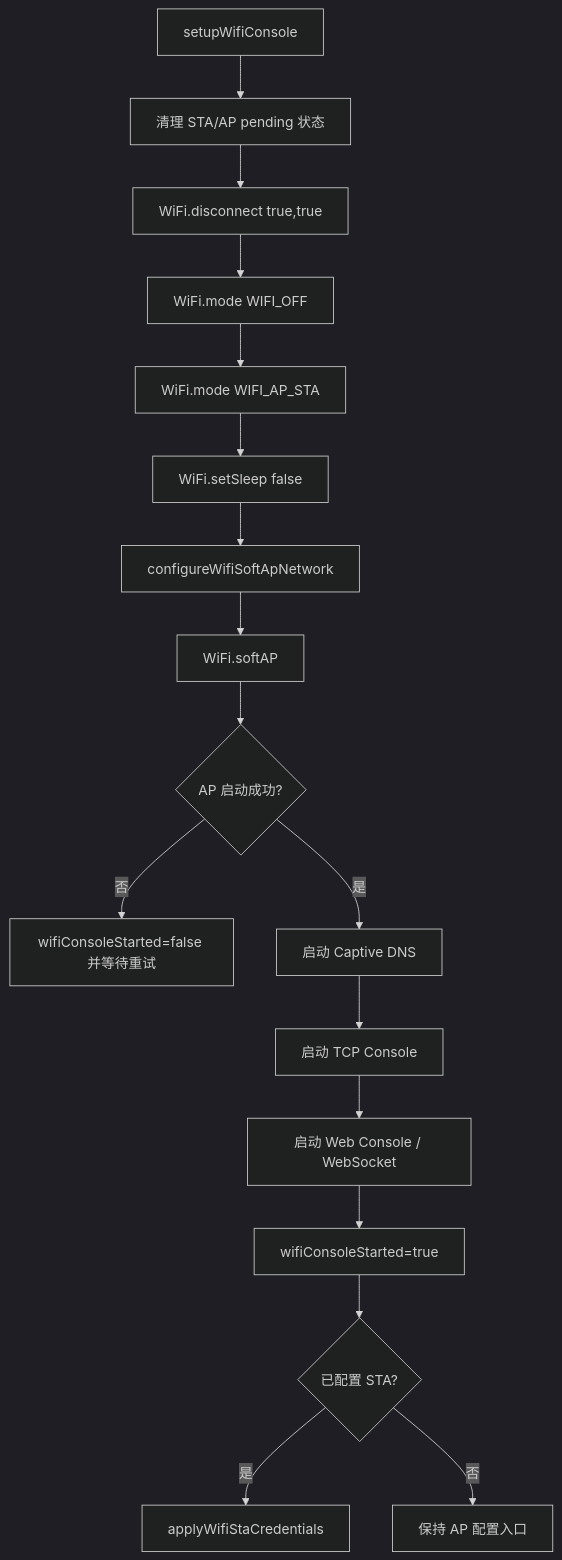
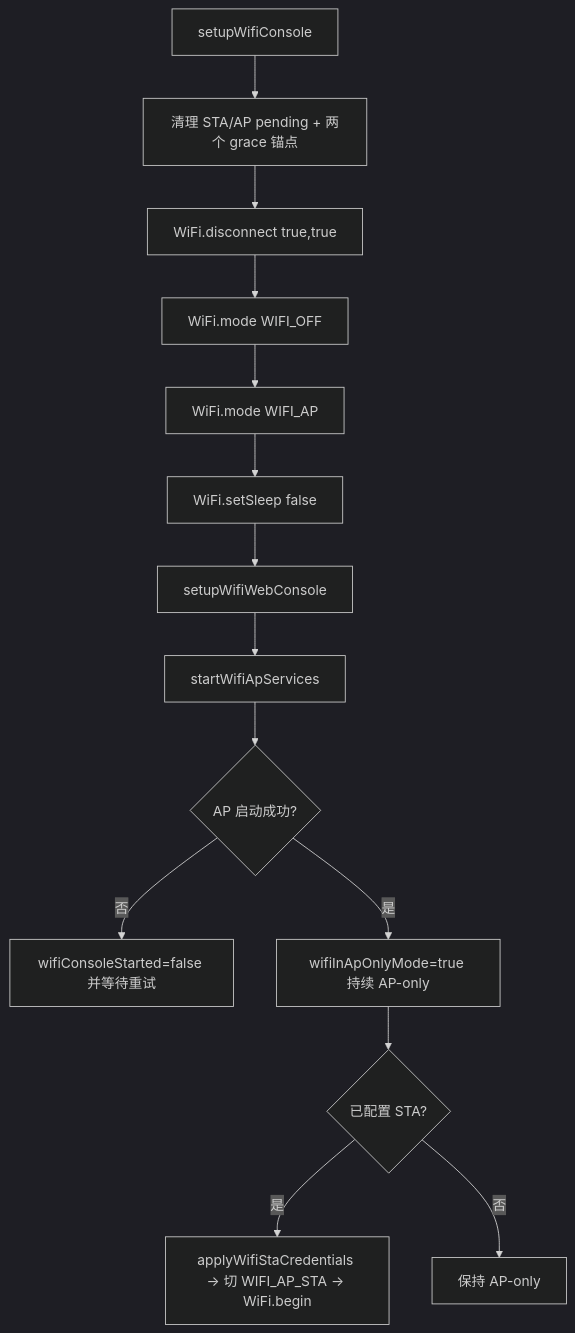
The first of 5 diagrams in MUS4_FW/docs/Inspect/wifi-ap-sta-lifecycle-inspection.md (DonkeyDrift/Firmware), drawn with Mermaid (dark theme) before and after one commit. The commit also changed other lines of this file and 10 other files, not shown here.

````diff
--- a/MUS4_FW/docs/Inspect/wifi-ap-sta-lifecycle-inspection.md
+++ b/MUS4_FW/docs/Inspect/wifi-ap-sta-lifecycle-inspection.md
@@ -45,19 +49,16 @@
 ```mermaid
 flowchart TD
-    A[setupWifiConsole] --> B[清理 STA/AP pending 状态]
+    A[setupWifiConsole] --> B[清理 STA/AP pending + 两个 grace 锚点]
     B --> C[WiFi.disconnect true,true]
     C --> D[WiFi.mode WIFI_OFF]
-    D --> E[WiFi.mode WIFI_AP_STA]
+    D --> E[WiFi.mode WIFI_AP]
     E --> F[WiFi.setSleep false]
-    F --> G[configureWifiSoftApNetwork]
-    G --> H[WiFi.softAP]
+    F --> G[setupWifiWebConsole]
+    G --> H[startWifiApServices]
     H --> I{AP 启动成功?}
     I -- 否 --> J[wifiConsoleStarted=false 并等待重试]
-    I -- 是 --> K[启动 Captive DNS]
-    K --> L[启动 TCP Console]
-    L --> M[启动 Web Console / WebSocket]
-    M --> N[wifiConsoleStarted=true]
-    N --> O{已配置 STA?}
-    O -- 是 --> P[applyWifiStaCredentials]
-    O -- 否 --> Q[保持 AP 配置入口]
+    I -- 是 --> K[wifiInApOnlyMode=true 持续 AP-only]
+    K --> L{已配置 STA?}
+    L -- 是 --> M[applyWifiStaCredentials → 切 WIFI_AP_STA → WiFi.begin]
+    L -- 否 --> N[保持 AP-only]
 ```
````
